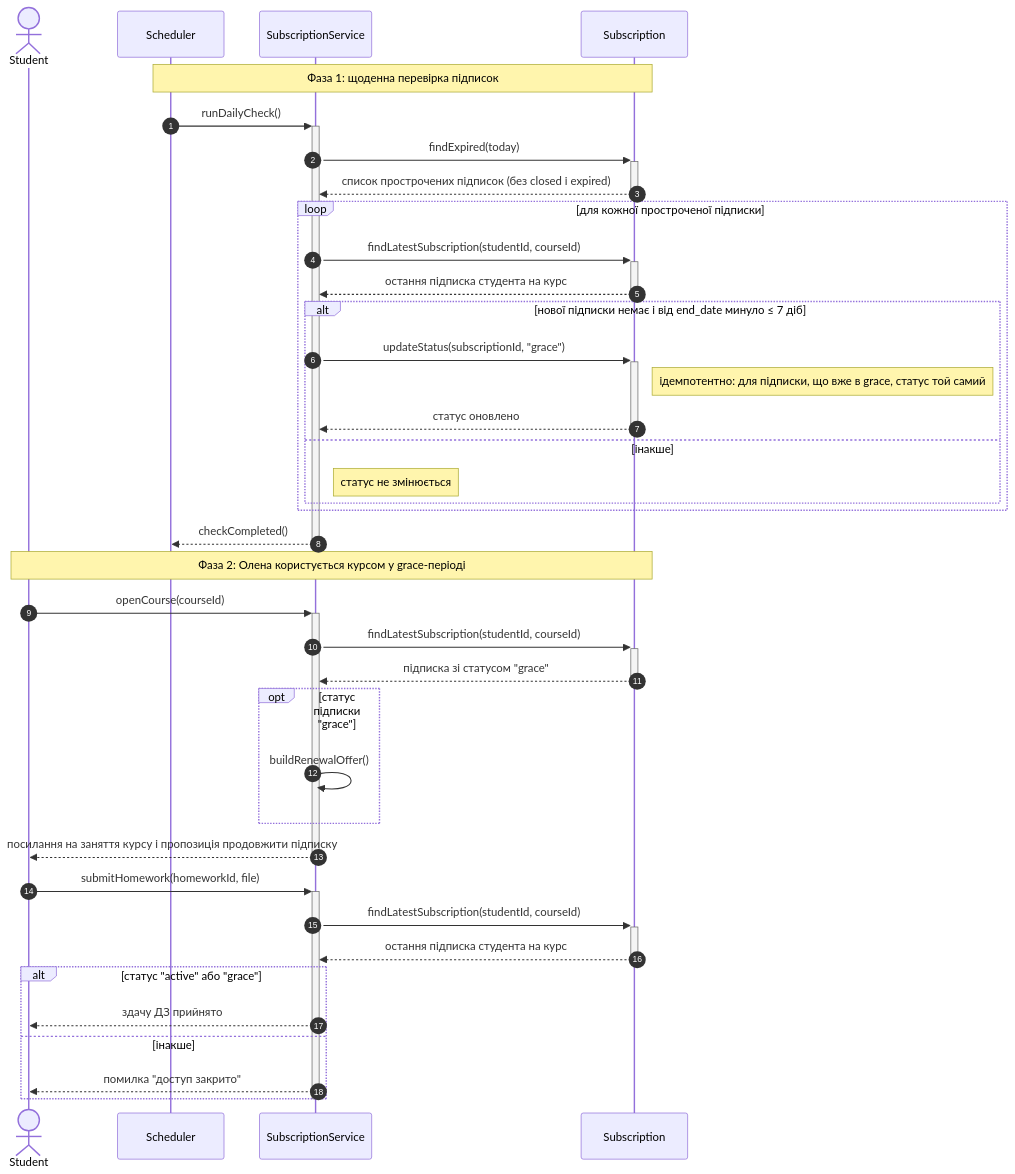
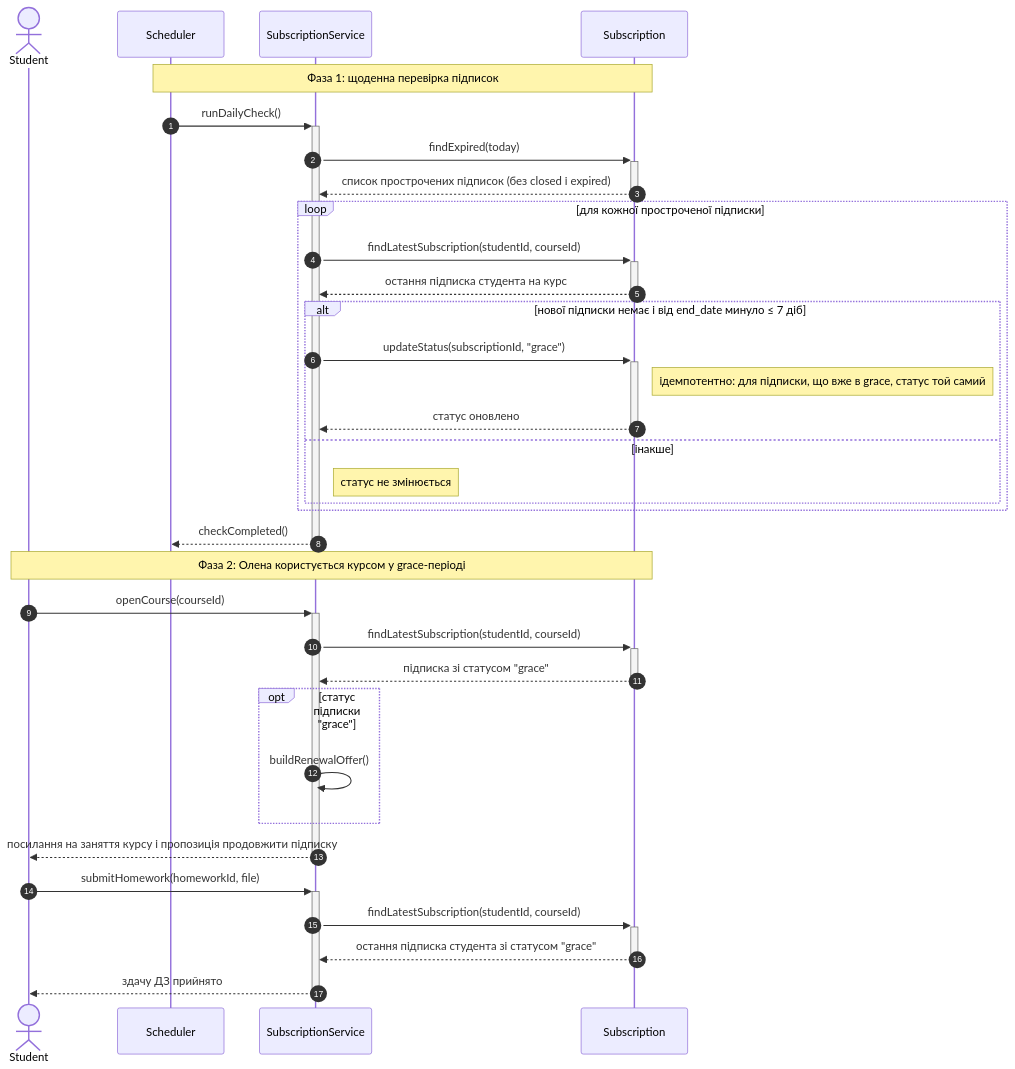
Before and after one commit to grmaryna/MathHub: the diagram in Sequence Diagram/diagram-req-31.mmd, drawn with Mermaid.

Commit message:
прибрано гілку закриття доступу із діаграми

```diff
--- a/Sequence Diagram/diagram-req-31.mmd
+++ b/Sequence Diagram/diagram-req-31.mmd
@@ -1,48 +1,42 @@
 sequenceDiagram
     autonumber
     actor Student
     participant Scheduler
     participant SubscriptionService
     participant Subscription
 
     Note over Scheduler,Subscription: Фаза 1: щоденна перевірка підписок
 
     Scheduler->>+SubscriptionService: runDailyCheck()
     SubscriptionService->>+Subscription: findExpired(today)
     Subscription-->>-SubscriptionService: список прострочених підписок (без closed і expired)
 
     loop для кожної простроченої підписки
         SubscriptionService->>+Subscription: findLatestSubscription(studentId, courseId)
         Subscription-->>-SubscriptionService: остання підписка студента на курс
 
         alt нової підписки немає і від end_date минуло ≤ 7 діб
             SubscriptionService->>+Subscription: updateStatus(subscriptionId, "grace")
             Note right of Subscription: ідемпотентно: для підписки, що вже в grace, статус той самий
             Subscription-->>-SubscriptionService: статус оновлено
         else інакше
             Note right of SubscriptionService: статус не змінюється
         end
     end
     SubscriptionService-->>-Scheduler: checkCompleted()
 
     Note over Student,Subscription: Фаза 2: Олена користується курсом у grace-періоді
 
         Student->>+SubscriptionService: openCourse(courseId)
     SubscriptionService->>+Subscription: findLatestSubscription(studentId, courseId)
     Subscription-->>-SubscriptionService: підписка зі статусом "grace"
     opt статус підписки "grace"
         SubscriptionService->>SubscriptionService: buildRenewalOffer()
     end
     
     SubscriptionService-->>-Student: посилання на заняття курсу і пропозиція продовжити підписку
 
     Student->>+SubscriptionService: submitHomework(homeworkId, file)
     SubscriptionService->>+Subscription: findLatestSubscription(studentId, courseId)
-    Subscription-->>-SubscriptionService: остання підписка студента на курс
-
-    alt статус "active" або "grace"
-        SubscriptionService-->>Student: здачу ДЗ прийнято
-    else інакше
-        SubscriptionService-->>Student: помилка "доступ закрито"
-    end
-    deactivate SubscriptionService
+    Subscription-->>-SubscriptionService: остання підписка студента зі статусом "grace"
+    SubscriptionService-->>-Student: здачу ДЗ прийнято
```
